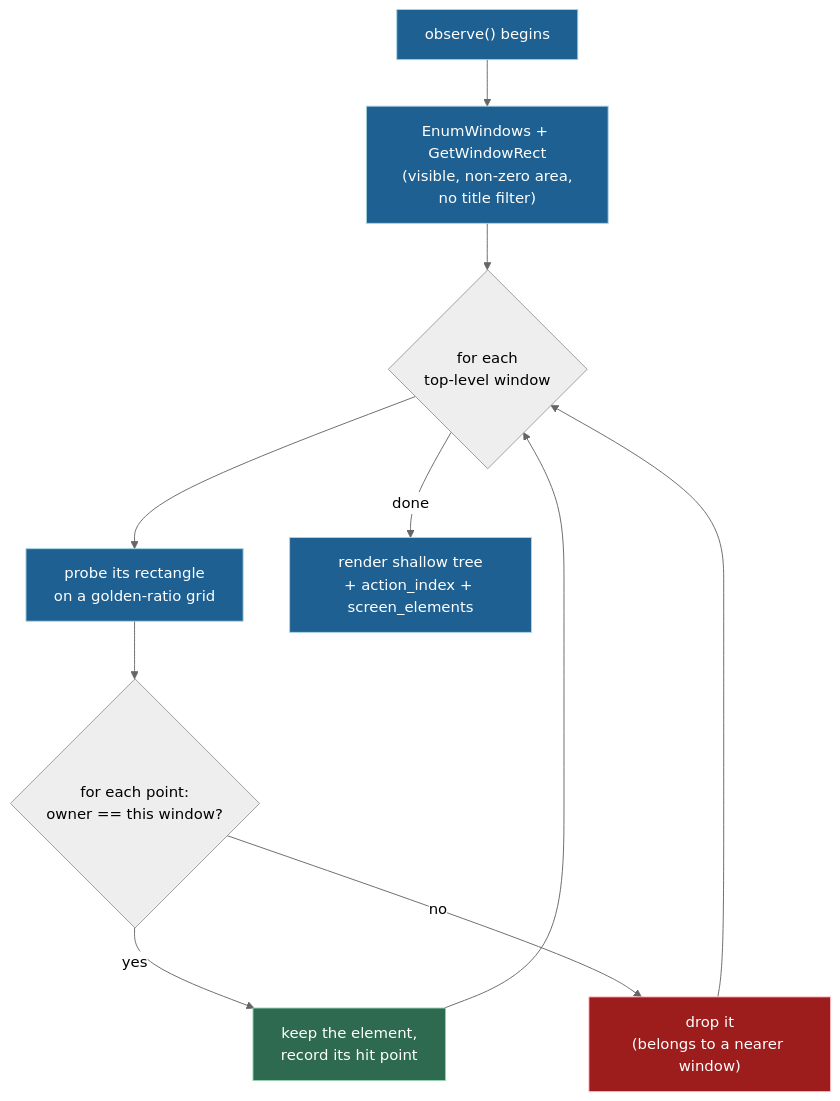
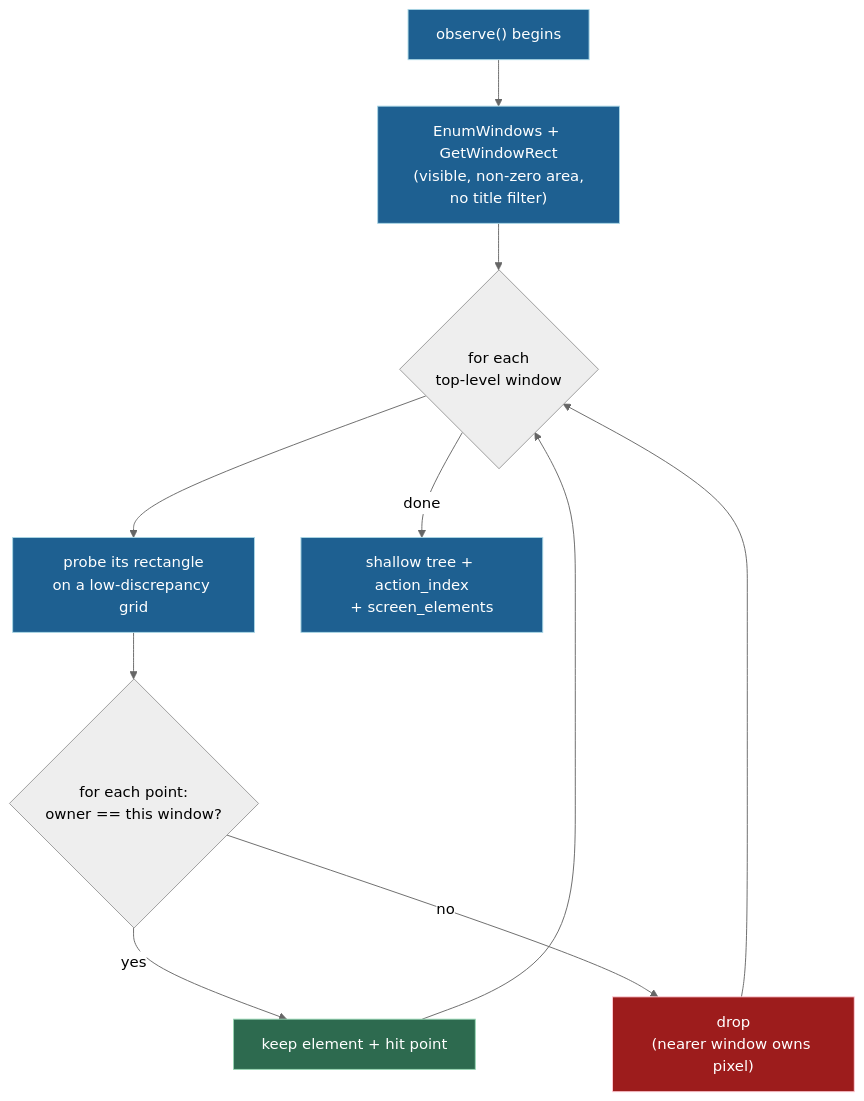
The fourth of 10 diagrams in README.md (wgabrys88/endgame-ai), drawn with Mermaid (neutral theme) before and after one commit. The commit also changed other lines of this file, not shown here.

````diff
--- a/README.md
+++ b/README.md
@@ -437,19 +465,19 @@
 ```mermaid
 flowchart TD
     S["observe() begins"] --> EW["EnumWindows + GetWindowRect<br/>(visible, non-zero area,<br/>no title filter)"]
     EW --> LOOP{"for each<br/>top-level window"}
-    LOOP --> GRID["probe its rectangle<br/>on a golden-ratio grid"]
+    LOOP --> GRID["probe its rectangle<br/>on a low-discrepancy grid"]
     GRID --> PT{"for each point:<br/>owner == this window?"}
-    PT -- yes --> KEEP["keep the element,<br/>record its hit point"]
-    PT -- no --> DROP["drop it<br/>(belongs to a nearer window)"]
+    PT -- yes --> KEEP["keep element + hit point"]
+    PT -- no --> DROP["drop<br/>(nearer window owns pixel)"]
     KEEP --> LOOP
     DROP --> LOOP
-    LOOP -- done --> RENDER["render shallow tree<br/>+ action_index + screen_elements"]
+    LOOP -- done --> RENDER["shallow tree + action_index<br/>+ screen_elements"]
 
     classDef step fill:#1e6091,stroke:#a9d6e5,color:#ffffff;
     classDef keep fill:#2d6a4f,stroke:#95d5b2,color:#ffffff;
     classDef drop fill:#9d1c1c,stroke:#ffccd5,color:#ffffff;
     class S,EW,GRID,RENDER step;
     class KEEP keep;
     class DROP drop;
 ```
````
